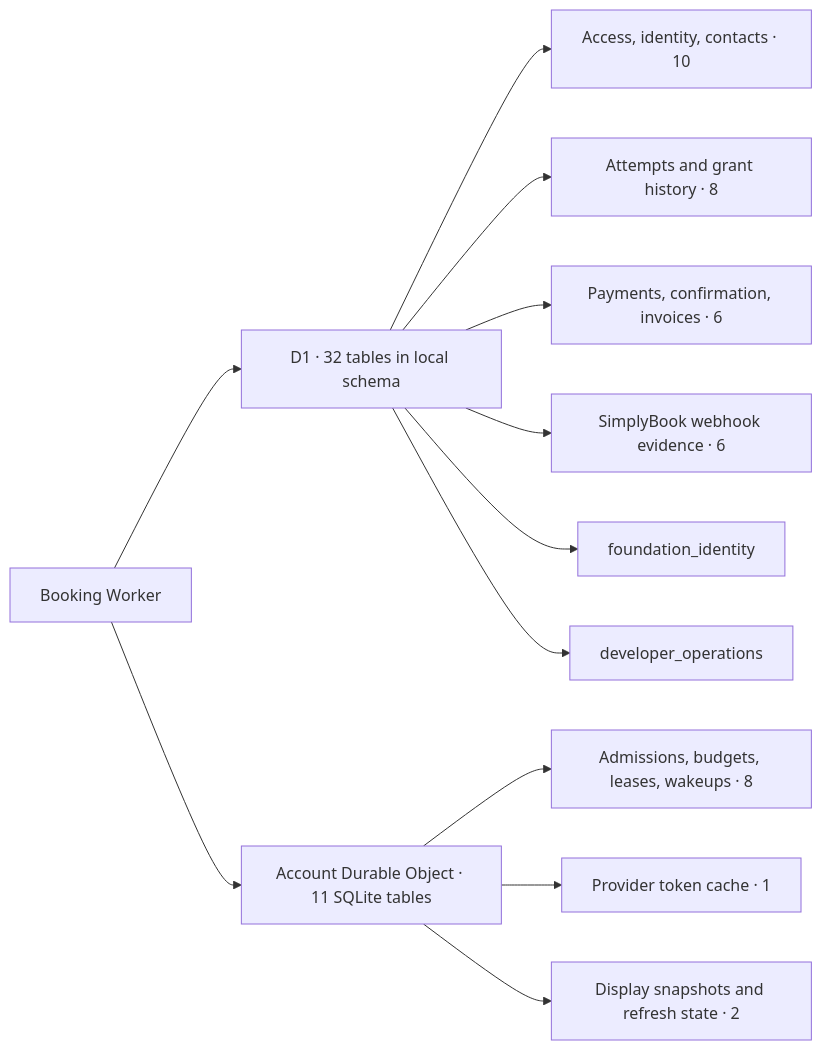
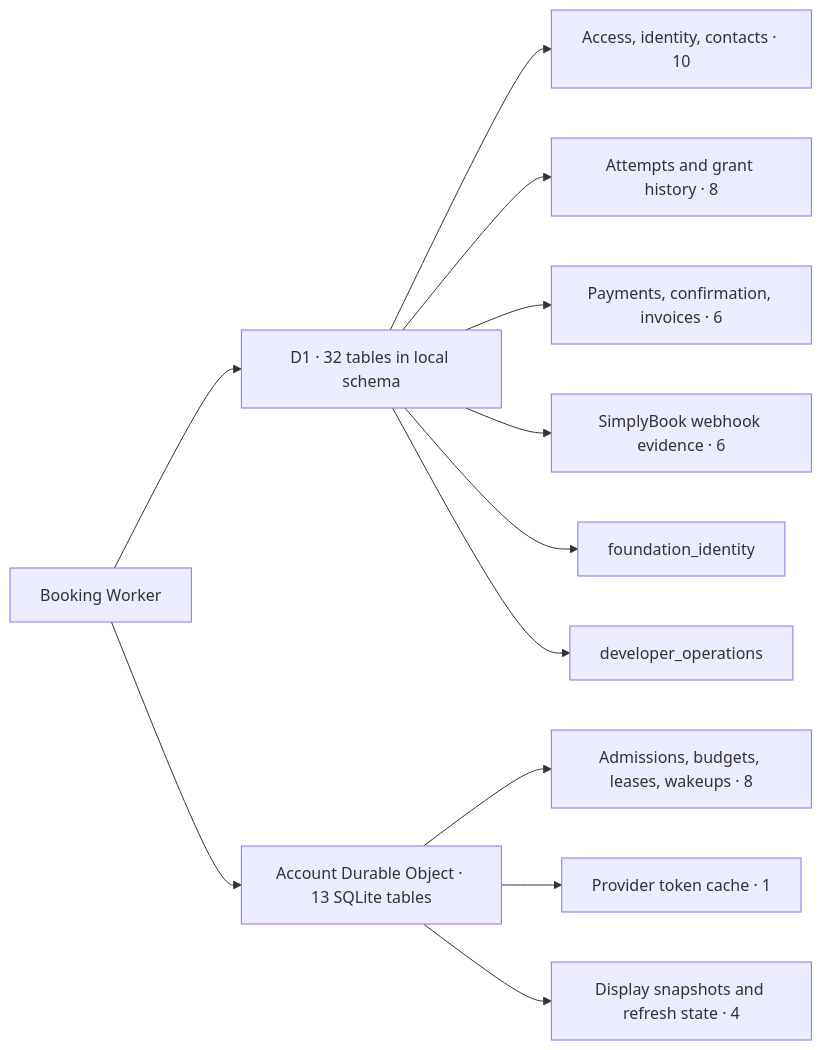
One commit to soccerbotstudiosg/soccerbotstudioSG changed the first of 8 diagrams in docs/architecture/database-schema.md. Above: the diagram before and after it, drawn with Mermaid. The commit also changed other lines of this file and 32 other files, not shown here.

````diff
--- a/docs/architecture/database-schema.md
+++ b/docs/architecture/database-schema.md
@@ -13,14 +16,14 @@
 ```mermaid
 flowchart LR
   Worker["Booking Worker"] --> D1["D1 · 32 tables in local schema"]
-  Worker --> DO["Account Durable Object · 11 SQLite tables"]
+  Worker --> DO["Account Durable Object · 13 SQLite tables"]
   D1 --> Identity["Access, identity, contacts · 10"]
   D1 --> Booking["Attempts and grant history · 8"]
   D1 --> Payment["Payments, confirmation, invoices · 6"]
   D1 --> Webhook["SimplyBook webhook evidence · 6"]
   D1 --> foundation_identity["foundation_identity"]
   D1 --> developer_operations["developer_operations"]
   DO --> Coordination["Admissions, budgets, leases, wakeups · 8"]
   DO --> Tokens["Provider token cache · 1"]
-  DO --> Display["Display snapshots and refresh state · 2"]
+  DO --> Display["Display snapshots and refresh state · 4"]
 ```
````
